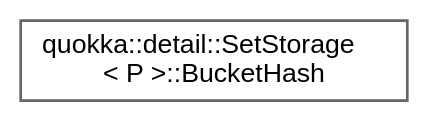
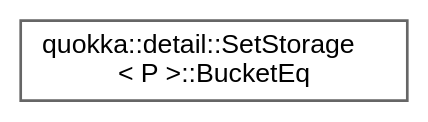
Before and after one commit to quarkslab/quokka: the diagram in reference/cpp/inherit_graph_13.dot, drawn with Graphviz. The commit also changed 149 other files, not shown here.

```diff
--- a/reference/cpp/inherit_graph_13.dot
+++ b/reference/cpp/inherit_graph_13.dot
@@ -1,9 +1,9 @@
 digraph "Graphical Class Hierarchy"
 {
  // LATEX_PDF_SIZE
   bgcolor="transparent";
   edge [fontname=Helvetica,fontsize=10,labelfontname=Helvetica,labelfontsize=10];
   node [fontname=Helvetica,fontsize=10,shape=box,height=0.2,width=0.4];
   rankdir="LR";
-  Node0 [id="Node000000",label="quokka::detail::SetStorage\l\< P \>::BucketHash",height=0.2,width=0.4,color="grey40", fillcolor="white", style="filled",URL="$structquokka_1_1detail_1_1SetStorage_1_1BucketHash.html",tooltip=" "];
+  Node0 [id="Node000000",label="quokka::detail::SetStorage\l\< P \>::BucketEq",height=0.2,width=0.4,color="grey40", fillcolor="white", style="filled",URL="$structquokka_1_1detail_1_1SetStorage_1_1BucketEq.html",tooltip=" "];
 }
```
